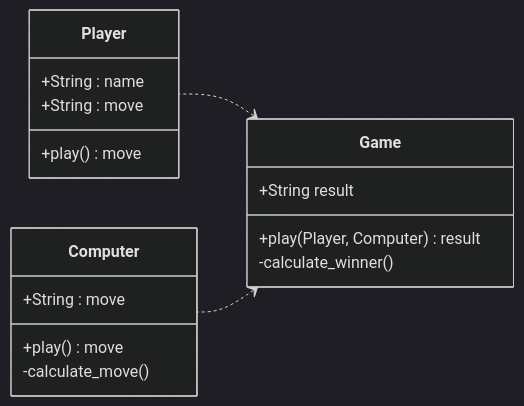
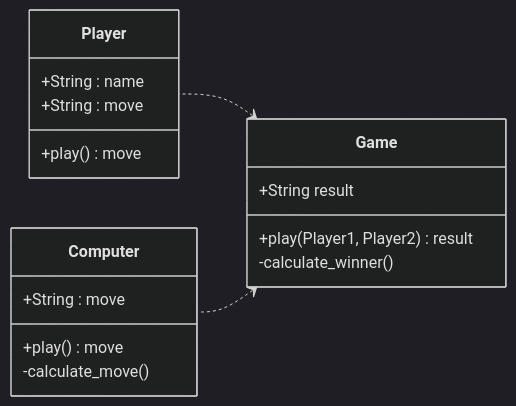
Before and after one commit to makersacademy/rps-challenge: the second of 2 diagrams in README.md, drawn with Mermaid (dark theme). The commit also changed 8 other files, not shown here.

````diff
--- a/README.md
+++ b/README.md
@@ -50,21 +50,21 @@
 ```mermaid
 classDiagram
   direction RL
       Game <.. Player
       Game <.. Computer
       class Game{
         +String result
-        +play(Player, Computer) result
+        +play(Player1, Player2) result
         -calculate_winner()
       }
       class Player{
           +String : name
           +String : move
           +play() move
       }
       class Computer{
           +String : move
           +play() move
           -calculate_move()
       }
 ```
````
